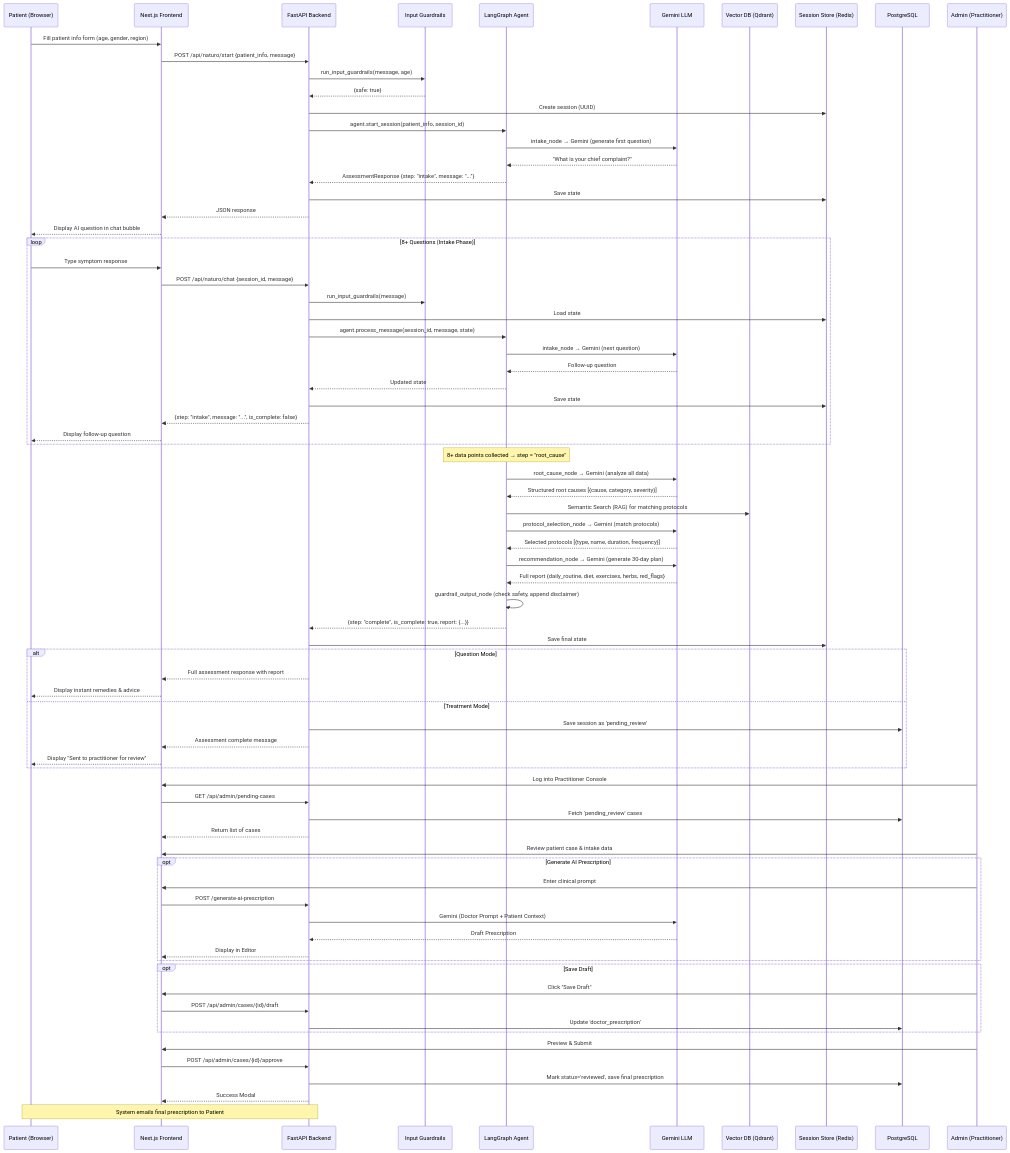
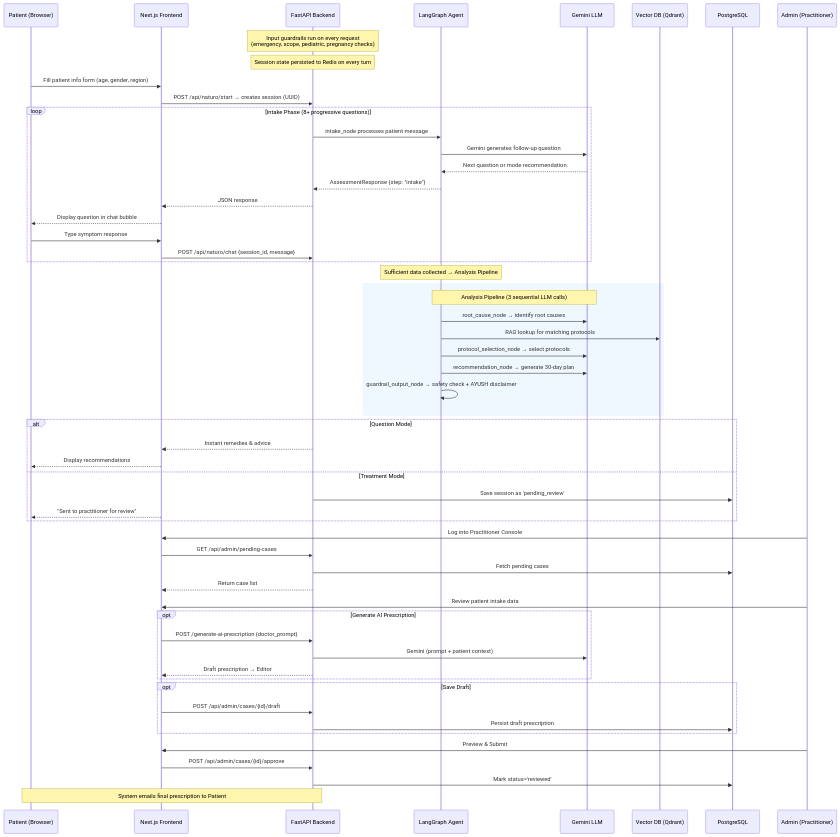
One commit to psahni/holistic_treatment_agent changed the diagram in docs/APPROACH.md. Above: the diagram before and after it, drawn with Mermaid.

Commit message:
docs: simplify end-to-end data flow sequence diagram

````diff
--- a/docs/APPROACH.md
+++ b/docs/APPROACH.md
@@ -258,89 +258,70 @@
     participant P as Patient (Browser)
     participant F as Next.js Frontend
     participant B as FastAPI Backend
-    participant G as Input Guardrails
     participant A as LangGraph Agent
     participant L as Gemini LLM
     participant K as Vector DB (Qdrant)
-    participant S as Session Store (Redis)
+    participant DB as PostgreSQL
+
+    Note over B: Input guardrails run on every request<br/>(emergency, scope, pediatric, pregnancy checks)
+    Note over B: Session state persisted to Redis on every turn
 
     P->>F: Fill patient info form (age, gender, region)
-    F->>B: POST /api/naturo/start {patient_info, message}
-    B->>G: run_input_guardrails(message, age)
-    G-->>B: {safe: true}
-    B->>S: Create session (UUID)
-    B->>A: agent.start_session(patient_info, session_id)
-    A->>L: intake_node → Gemini (generate first question)
-    L-->>A: "What is your chief complaint?"
-    A-->>B: AssessmentResponse {step: "intake", message: "..."}
-    B->>S: Save state
-    B-->>F: JSON response
-    F-->>P: Display AI question in chat bubble
+    F->>B: POST /api/naturo/start → creates session (UUID)
 
-    loop 8+ Questions (Intake Phase)
+    loop Intake Phase (8+ progressive questions)
+        B->>A: intake_node processes patient message
+        A->>L: Gemini generates follow-up question
+        L-->>A: Next question or mode recommendation
+        A-->>B: AssessmentResponse {step: "intake"}
+        B-->>F: JSON response
+        F-->>P: Display question in chat bubble
         P->>F: Type symptom response
         F->>B: POST /api/naturo/chat {session_id, message}
-        B->>G: run_input_guardrails(message)
-        B->>S: Load state
-        B->>A: agent.process_message(session_id, message, state)
-        A->>L: intake_node → Gemini (next question)
-        L-->>A: Follow-up question
-        A-->>B: Updated state
-        B->>S: Save state
-        B-->>F: {step: "intake", message: "...", is_complete: false}
-        F-->>P: Display follow-up question
     end
 
-    Note over A: 8+ data points collected → step = "root_cause"
+    Note over A: Sufficient data collected → Analysis Pipeline
 
-    A->>L: root_cause_node → Gemini (analyze all data)
-    L-->>A: Structured root causes [{cause, category, severity}]
-    A->>K: Semantic Search (RAG) for matching protocols
-    A->>L: protocol_selection_node → Gemini (match protocols)
-    L-->>A: Selected protocols [{type, name, duration, frequency}]
-    A->>L: recommendation_node → Gemini (generate 30-day plan)
-    L-->>A: Full report {daily_routine, diet, exercises, herbs, red_flags}
-    A->>A: guardrail_output_node (check safety, append disclaimer)
-    A-->>B: {step: "complete", is_complete: true, report: {...}}
-    B->>S: Save final state
-    
+    rect rgb(240, 248, 255)
+        Note over A,L: Analysis Pipeline (3 sequential LLM calls)
+        A->>L: root_cause_node → identify root causes
+        A->>K: RAG lookup for matching protocols
+        A->>L: protocol_selection_node → select protocols
+        A->>L: recommendation_node → generate 30-day plan
+        A->>A: guardrail_output_node → safety check + AYUSH disclaimer
+    end
+
     alt Question Mode
-        B-->>F: Full assessment response with report
-        F-->>P: Display instant remedies & advice
+        B-->>F: Instant remedies & advice
+        F-->>P: Display recommendations
     else Treatment Mode
         B->>DB: Save session as 'pending_review'
-        B-->>F: Assessment complete message
-        F-->>P: Display "Sent to practitioner for review"
+        F-->>P: "Sent to practitioner for review"
     end
-    
+
     %% --- Practitioner Review Flow ---
     participant AD as Admin (Practitioner)
-    participant DB as PostgreSQL
-    
+
     AD->>F: Log into Practitioner Console
     F->>B: GET /api/admin/pending-cases
-    B->>DB: Fetch 'pending_review' cases
-    B-->>F: Return list of cases
-    
-    AD->>F: Review patient case & intake data
-    
+    B->>DB: Fetch pending cases
+    B-->>F: Return case list
+
+    AD->>F: Review patient intake data
+
     opt Generate AI Prescription
-        AD->>F: Enter clinical prompt
-        F->>B: POST /generate-ai-prescription
-        B->>L: Gemini (Doctor Prompt + Patient Context)
-        L-->>B: Draft Prescription
-        B-->>F: Display in Editor
+        F->>B: POST /generate-ai-prescription {doctor_prompt}
+        B->>L: Gemini (prompt + patient context)
+        B-->>F: Draft prescription → Editor
     end
-    
+
     opt Save Draft
-        AD->>F: Click "Save Draft"
         F->>B: POST /api/admin/cases/{id}/draft
-        B->>DB: Update 'doctor_prescription'
+        B->>DB: Persist draft prescription
     end
-    
+
     AD->>F: Preview & Submit
     F->>B: POST /api/admin/cases/{id}/approve
-    B->>DB: Mark status='reviewed', save final prescription
-    B-->>F: Success Modal
+    B->>DB: Mark status='reviewed'
     Note over B,P: System emails final prescription to Patient
 ```
````
